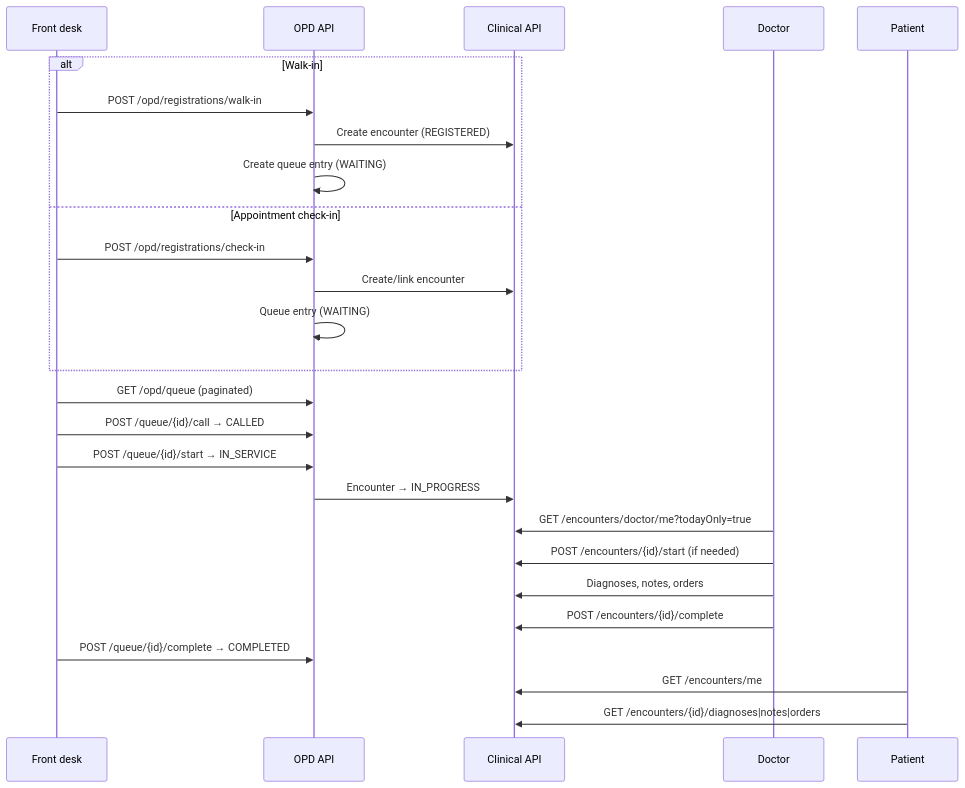
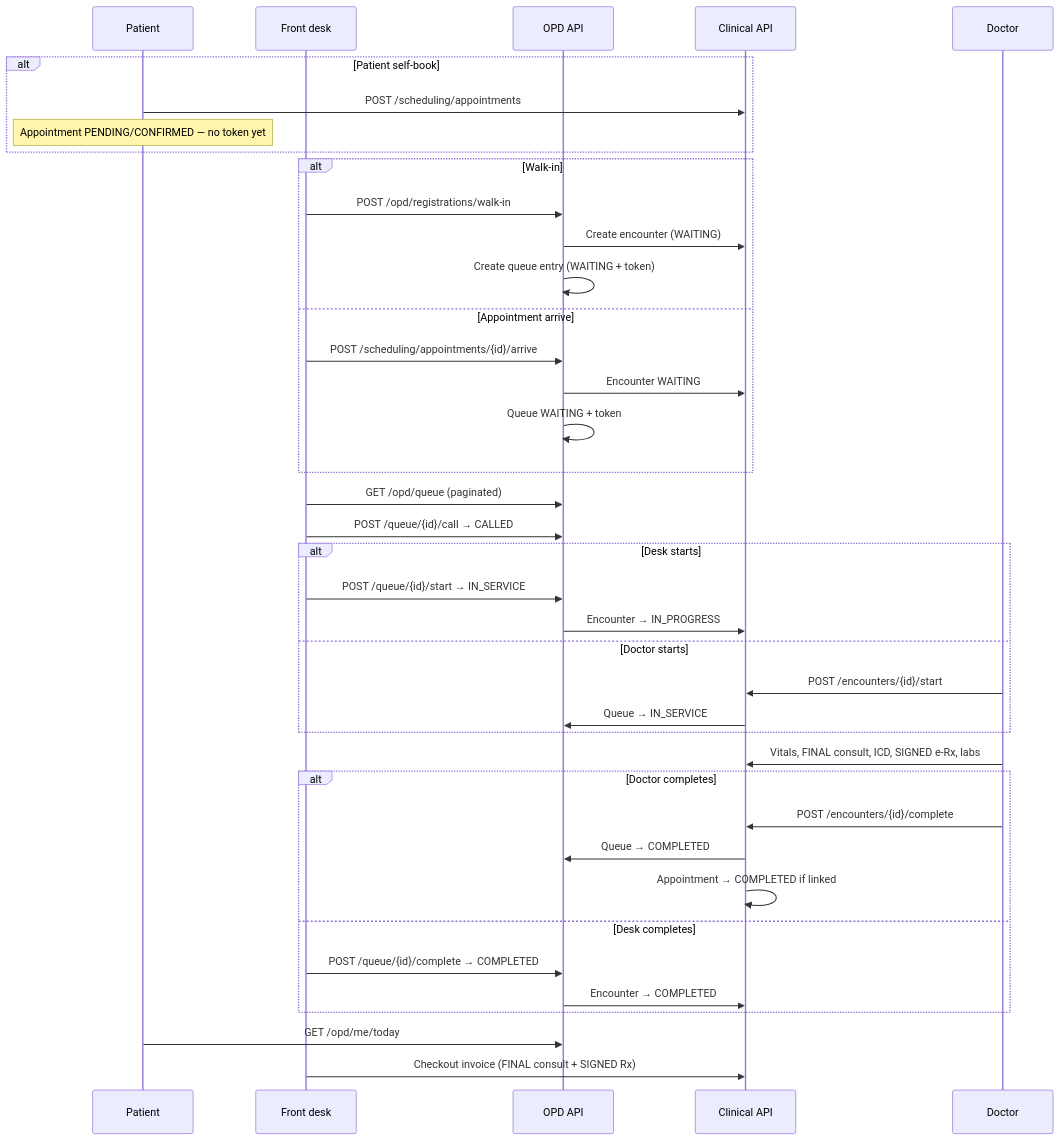
Before and after one commit to shubham-techearnest/Hospital-Management-System---HMS: the diagram in docs/hms/HMS-OPD-FLOW.md, drawn with Mermaid. The commit also changed other lines of this file and 257 other files, not shown here.

````diff
--- a/docs/hms/HMS-OPD-FLOW.md
+++ b/docs/hms/HMS-OPD-FLOW.md
@@ -22,32 +25,48 @@
 ```mermaid
 sequenceDiagram
+  participant Patient as Patient
   participant Desk as Front desk
   participant OPD as OPD API
   participant Clinical as Clinical API
   participant Doctor as Doctor
-  participant Patient as Patient
+
+  alt Patient self-book
+    Patient->>Clinical: POST /scheduling/appointments
+    Note over Patient: Appointment PENDING/CONFIRMED — no token yet
+  end
 
   alt Walk-in
     Desk->>OPD: POST /opd/registrations/walk-in
-    OPD->>Clinical: Create encounter (REGISTERED)
-    OPD->>OPD: Create queue entry (WAITING)
-  else Appointment check-in
-    Desk->>OPD: POST /opd/registrations/check-in
-    OPD->>Clinical: Create/link encounter
-    OPD->>OPD: Queue entry (WAITING)
+    OPD->>Clinical: Create encounter (WAITING)
+    OPD->>OPD: Create queue entry (WAITING + token)
+  else Appointment arrive
+    Desk->>OPD: POST /scheduling/appointments/{id}/arrive
+    OPD->>Clinical: Encounter WAITING
+    OPD->>OPD: Queue WAITING + token
   end
 
   Desk->>OPD: GET /opd/queue (paginated)
   Desk->>OPD: POST /queue/{id}/call → CALLED
-  Desk->>OPD: POST /queue/{id}/start → IN_SERVICE
-  OPD->>Clinical: Encounter → IN_PROGRESS
 
-  Doctor->>Clinical: GET /encounters/doctor/me?todayOnly=true
-  Doctor->>Clinical: POST /encounters/{id}/start (if needed)
-  Doctor->>Clinical: Diagnoses, notes, orders
-  Doctor->>Clinical: POST /encounters/{id}/complete
-  Desk->>OPD: POST /queue/{id}/complete → COMPLETED
+  alt Desk starts
+    Desk->>OPD: POST /queue/{id}/start → IN_SERVICE
+    OPD->>Clinical: Encounter → IN_PROGRESS
+  else Doctor starts
+    Doctor->>Clinical: POST /encounters/{id}/start
+    Clinical->>OPD: Queue → IN_SERVICE
+  end
 
-  Patient->>Clinical: GET /encounters/me
-  Patient->>Clinical: GET /encounters/{id}/diagnoses|notes|orders
+  Doctor->>Clinical: Vitals, FINAL consult, ICD, SIGNED e-Rx, labs
+
+  alt Doctor completes
+    Doctor->>Clinical: POST /encounters/{id}/complete
+    Clinical->>OPD: Queue → COMPLETED
+    Clinical->>Clinical: Appointment → COMPLETED if linked
+  else Desk completes
+    Desk->>OPD: POST /queue/{id}/complete → COMPLETED
+    OPD->>Clinical: Encounter → COMPLETED
+  end
+
+  Patient->>OPD: GET /opd/me/today
+  Desk->>Clinical: Checkout invoice (FINAL consult + SIGNED Rx)
 ```
````
